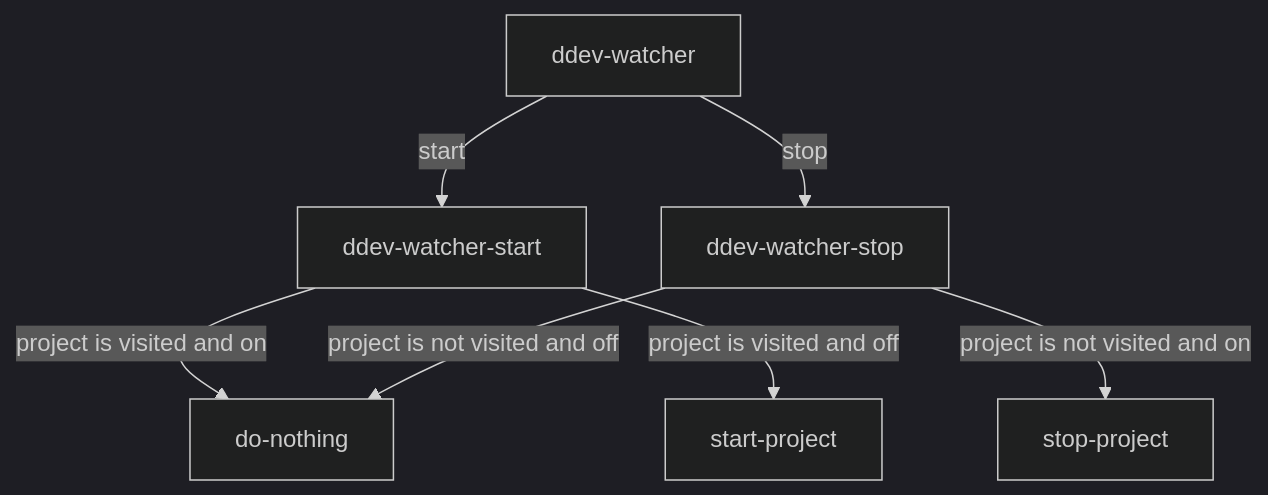
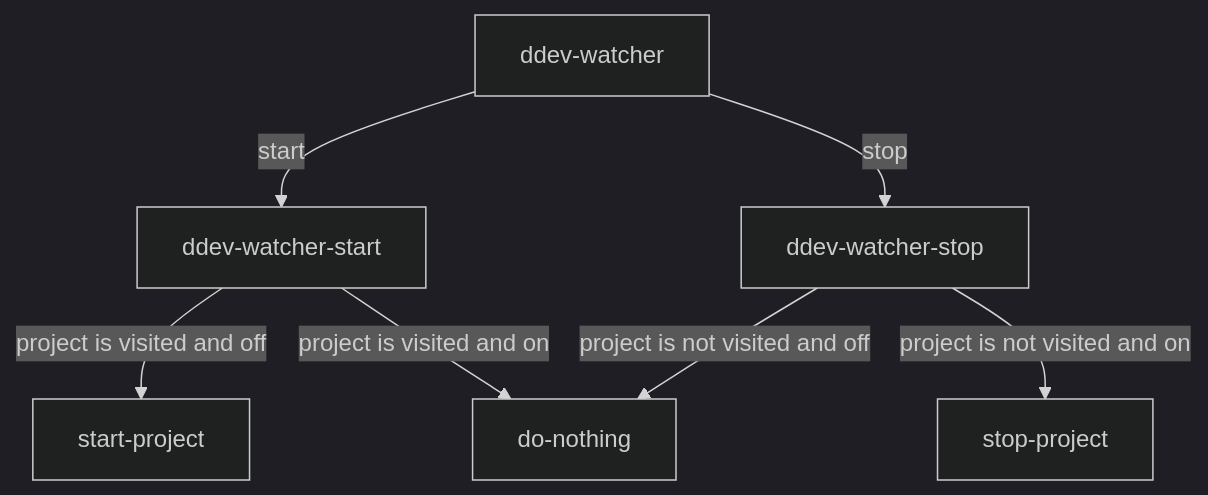
Before and after one commit to studiometa/trafic: the second of 2 diagrams in README.md, drawn with Mermaid (dark theme). The commit also changed other lines of this file, not shown here.

````diff
--- a/README.md
+++ b/README.md
@@ -30,9 +30,9 @@
 ```mermaid
 flowchart TD
   ddev-watcher --> |start| ddev-watcher-start
   ddev-watcher --> |stop| ddev-watcher-stop
+  ddev-watcher-start --> |project is visited and off| start-project
   ddev-watcher-start --> |project is visited and on| do-nothing
   ddev-watcher-stop --> |project is not visited and off| do-nothing
-  ddev-watcher-start --> |project is visited and off| start-project
   ddev-watcher-stop --> |project is not visited and on| stop-project
 ```
````
